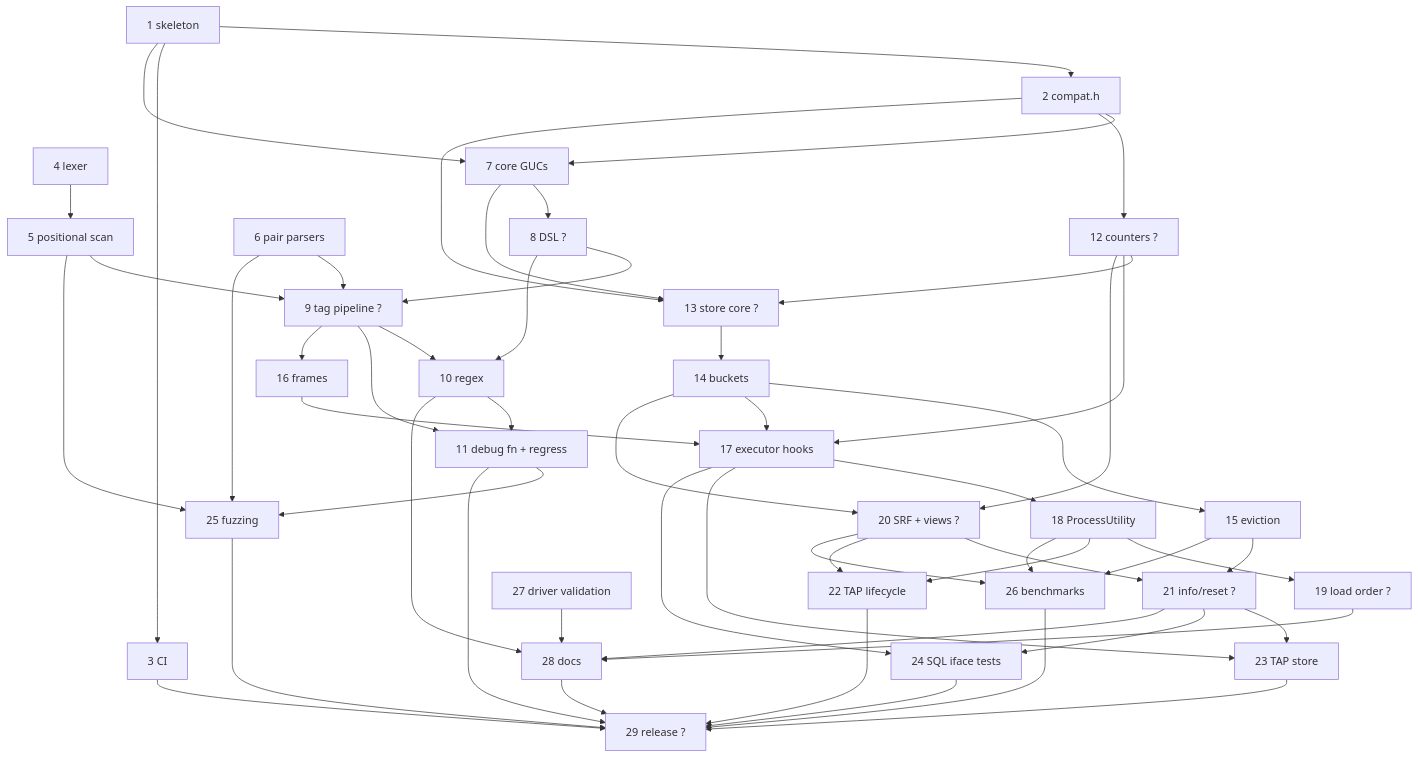
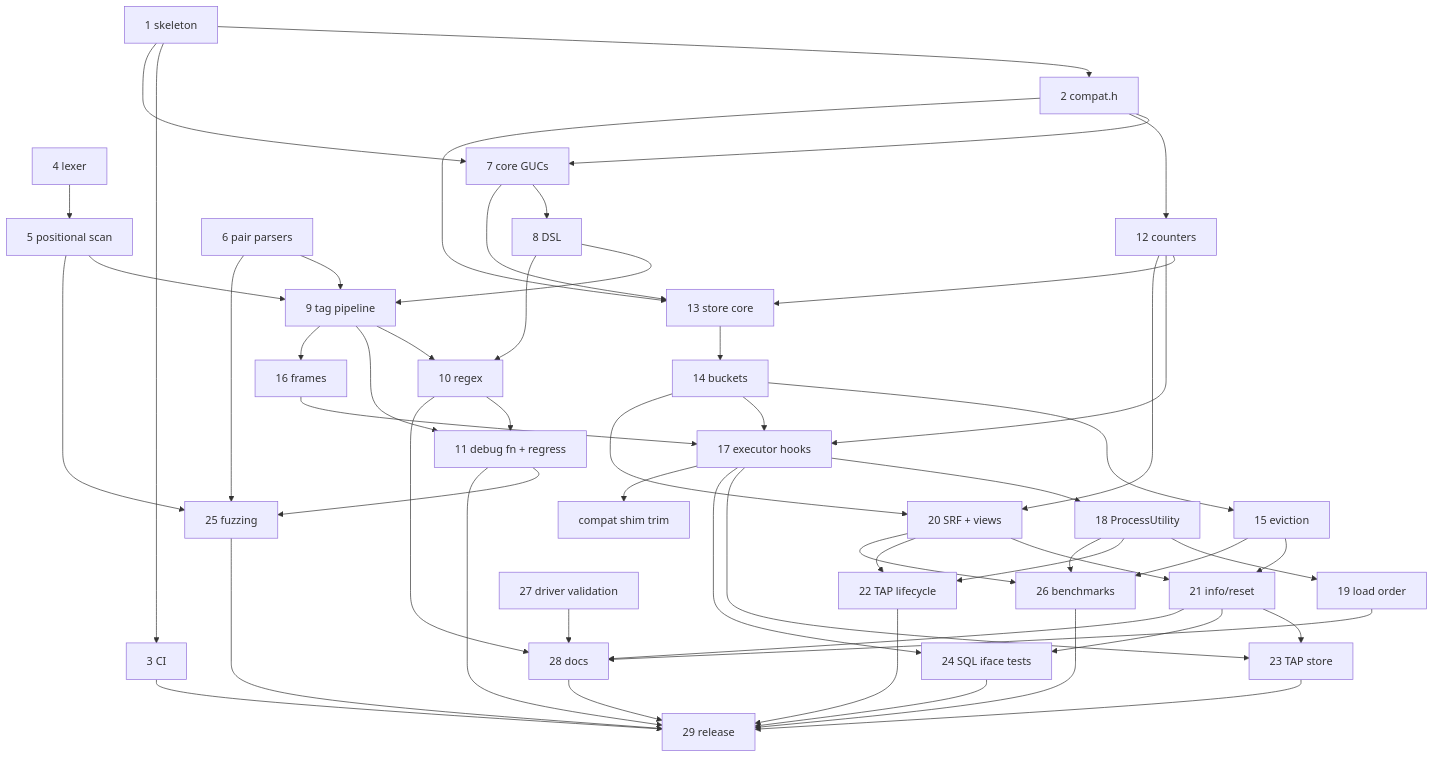
Before and after one commit to benchub/pg_stat_statement_context: the diagram in BACKLOG.md, drawn with Mermaid. The commit also changed other lines of this file and 2 other files, not shown here.

First line of the commit message:
Record owner design decisions; drop out-of-scope roadmap items

````diff
--- a/BACKLOG.md
+++ b/BACKLOG.md
@@ -109,56 +116,57 @@
 ```mermaid
 graph TD
   T1[1 skeleton] --> T2[2 compat.h]
   T1 --> T3[3 CI]
   T4[4 lexer] --> T5[5 positional scan]
   T1 --> T7[7 core GUCs]
   T2 --> T7
-  T7 --> T8[8 DSL ?]
-  T5 --> T9[9 tag pipeline ?]
+  T7 --> T8[8 DSL]
+  T5 --> T9[9 tag pipeline]
   T6[6 pair parsers] --> T9
   T8 --> T9
   T8 --> T10[10 regex]
   T9 --> T10
   T9 --> T11[11 debug fn + regress]
   T10 --> T11
-  T2 --> T12[12 counters ?]
-  T2 --> T13[13 store core ?]
+  T2 --> T12[12 counters]
+  T2 --> T13[13 store core]
   T7 --> T13
   T12 --> T13
   T13 --> T14[14 buckets]
   T14 --> T15[15 eviction]
   T9 --> T16[16 frames]
   T12 --> T17[17 executor hooks]
   T14 --> T17
   T16 --> T17
   T17 --> T18[18 ProcessUtility]
-  T18 --> T19[19 load order ?]
-  T12 --> T20[20 SRF + views ?]
+  T18 --> T19[19 load order]
+  T12 --> T20[20 SRF + views]
   T14 --> T20
-  T15 --> T21[21 info/reset ?]
+  T15 --> T21[21 info/reset]
   T20 --> T21
   T18 --> T22[22 TAP lifecycle]
   T20 --> T22
   T17 --> T23[23 TAP store]
   T21 --> T23
   T17 --> T24[24 SQL iface tests]
   T21 --> T24
   T5 --> T25[25 fuzzing]
   T6 --> T25
   T11 --> T25
   T15 --> T26[26 benchmarks]
   T18 --> T26
   T20 --> T26
   T27[27 driver validation] --> T28[28 docs]
   T10 --> T28
   T19 --> T28
   T21 --> T28
-  T3 --> T29[29 release ?]
+  T3 --> T29[29 release]
   T11 --> T29
   T22 --> T29
   T23 --> T29
   T24 --> T29
   T25 --> T29
   T26 --> T29
   T28 --> T29
+  T17 --> C1[compat shim trim]
 ```
````
